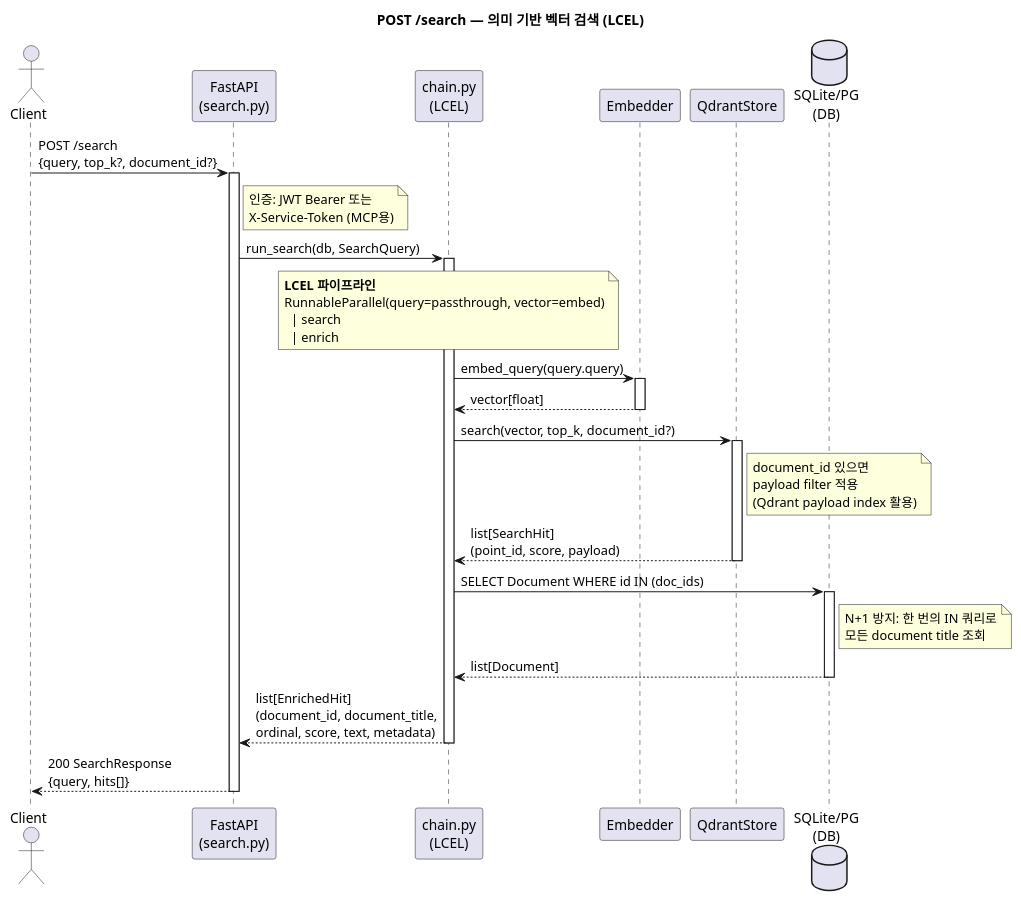
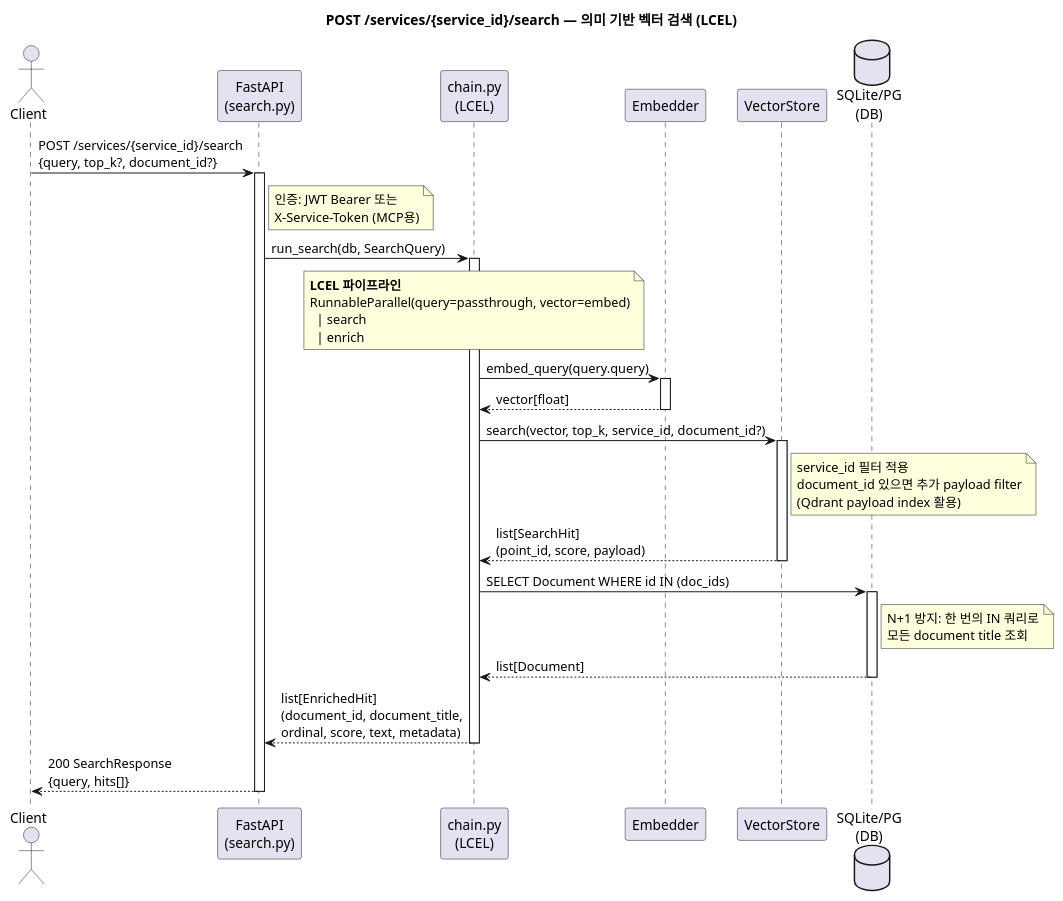
The diagram in docs/diagrams/search.puml (sigmoidx0/ragkit), drawn with PlantUML before and after one commit. The commit also changed 4 other files, not shown here.

Commit message:
docs: update sequence diagram

```diff
--- a/docs/diagrams/search.puml
+++ b/docs/diagrams/search.puml
@@ -1,60 +1,60 @@
 @startuml Search
 
-title POST /search — 의미 기반 벡터 검색 (LCEL)
+title POST /services/{service_id}/search — 의미 기반 벡터 검색 (LCEL)
 
 actor Client
 participant "FastAPI\n(search.py)" as API
 participant "chain.py\n(LCEL)" as CHAIN
 participant "Embedder" as EMB
-participant "QdrantStore" as QD
+participant "VectorStore" as QD
 database "SQLite/PG\n(DB)" as DB
 
-Client -> API : POST /search\n{query, top_k?, document_id?}
+Client -> API : POST /services/{service_id}/search\n{query, top_k?, document_id?}
 note right of API
   인증: JWT Bearer 또는
   X-Service-Token (MCP용)
 end note
 activate API
 
 API -> CHAIN : run_search(db, SearchQuery)
 activate CHAIN
 
 note over CHAIN
   **LCEL 파이프라인**
   RunnableParallel(query=passthrough, vector=embed)
     | search
     | enrich
 end note
 
 CHAIN -> EMB : embed_query(query.query)
 activate EMB
 EMB --> CHAIN : vector[float]
 deactivate EMB
 
-CHAIN -> QD : search(vector, top_k, document_id?)
+CHAIN -> QD : search(vector, top_k, service_id, document_id?)
 activate QD
 note right of QD
-  document_id 있으면
-  payload filter 적용
+  service_id 필터 적용
+  document_id 있으면 추가 payload filter
   (Qdrant payload index 활용)
 end note
 QD --> CHAIN : list[SearchHit]\n(point_id, score, payload)
 deactivate QD
 
 CHAIN -> DB : SELECT Document WHERE id IN (doc_ids)
 activate DB
 note right of DB
   N+1 방지: 한 번의 IN 쿼리로
   모든 document title 조회
 end note
 DB --> CHAIN : list[Document]
 deactivate DB
 
 CHAIN --> API : list[EnrichedHit]\n(document_id, document_title,\nordinal, score, text, metadata)
 deactivate CHAIN
 
 API --> Client : 200 SearchResponse\n{query, hits[]}
 
 deactivate API
 
 @enduml
```
